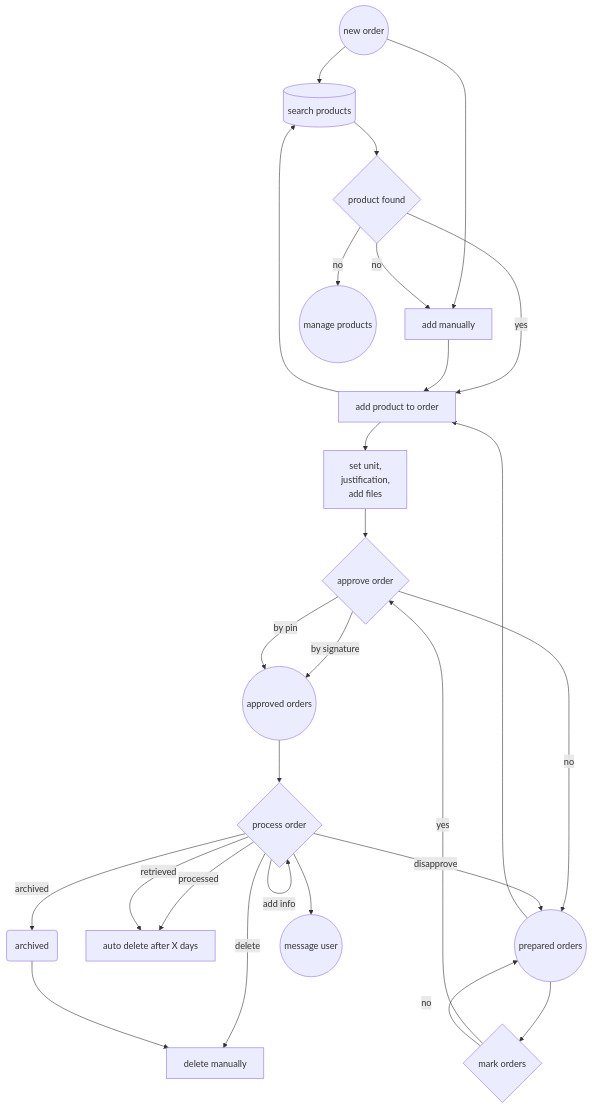
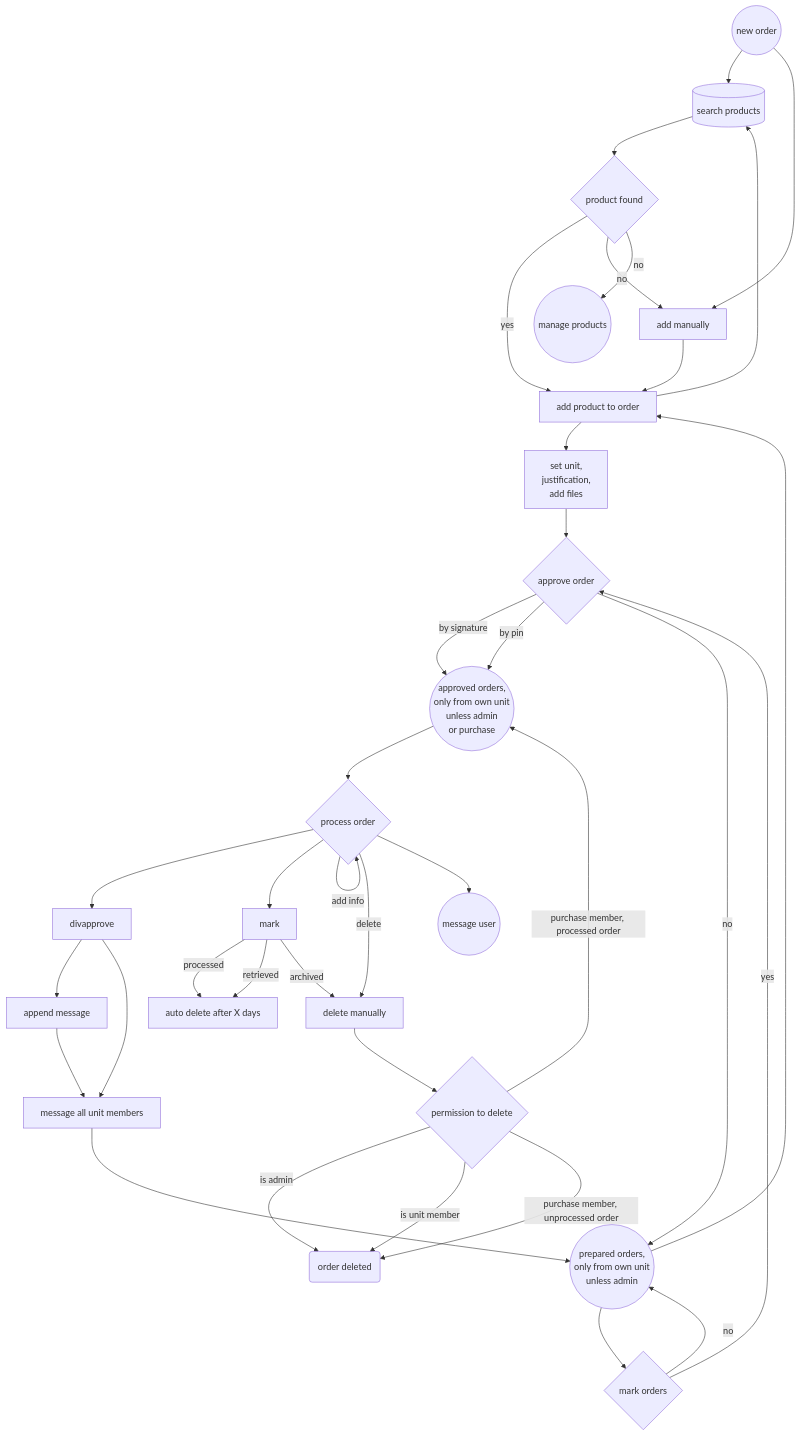
The second of 3 diagrams in flowcharts.md (erroronline1/caro), drawn with Mermaid before and after one commit. The commit also changed other lines of this file, not shown here.

Commit message:
flowcharts

````diff
--- a/flowcharts.md
+++ b/flowcharts.md
@@ -37,33 +37,48 @@
 ```mermaid
 graph TD;
     new_order((new order))-->search_products[(search products)];
     search_products-->product_found{product found};
     product_found-->|yes|add_product[add product to order];
     new_order-->add_manually[add manually];
     product_found-->|no|add_manually;
     product_found-->|no|manage_products((manage products));
     add_manually-->add_product;
     add_product-->search_products;
     add_product-->add_info["set unit,
     justification,
     add files"];
     add_info-->approve_order{approve order};
-    approve_order-->|by signature|approved_orders((approved orders));
-    approve_order-->|by pin|approved_orders((approved orders));
-    approve_order-->|no|prepared_orders((prepared orders));
+    approve_order-->|by signature|approved_orders(("approved orders,
+    only from own unit
+    unless admin
+    or purchase"));
+    approve_order-->|by pin|approved_orders;
+    approve_order-->|no|prepared_orders(("prepared orders,
+    only from own unit
+    unless admin"));
 
     approved_orders-->process_order{process order};
-    process_order-->|disapprove|prepared_orders;
-    process_order-->|processed|auto_delete[auto delete after X days];
-    process_order-->|retrieved|auto_delete;
-    process_order-->|archived|archived(archived);
-    process_order-->|delete|delete[delete manually];
-    archived-->delete;
+    process_order-->disapprove[divapprove];
+    disapprove-->append_message[append message];
+    append_message-->message_unit[message all unit members];
+    disapprove-->message_unit;
+    message_unit-->prepared_orders
+    process_order-->mark[mark];
+    mark-->|processed|auto_delete[auto delete after X days];
+    mark-->|retrieved|auto_delete;
+    mark-->|archived|delete[delete manually];
+    process_order-->|delete|delete;
+    delete-->delete_permission{permission to delete};
+    delete_permission-->|is admin|order_deleted(order deleted);
+    delete_permission-->|is unit member|order_deleted;
+    delete_permission-->|purchase member, unprocessed order|order_deleted;
+    delete_permission-->|purchase member, processed order|approved_orders;
+    
     process_order-->|add info|process_order;
     process_order-->message((message user))
 
     prepared_orders-->mark_bulk{mark orders};
     mark_bulk-->|yes|approve_order;
     mark_bulk-->|no|prepared_orders;
     prepared_orders-->add_product;
 ```
````
